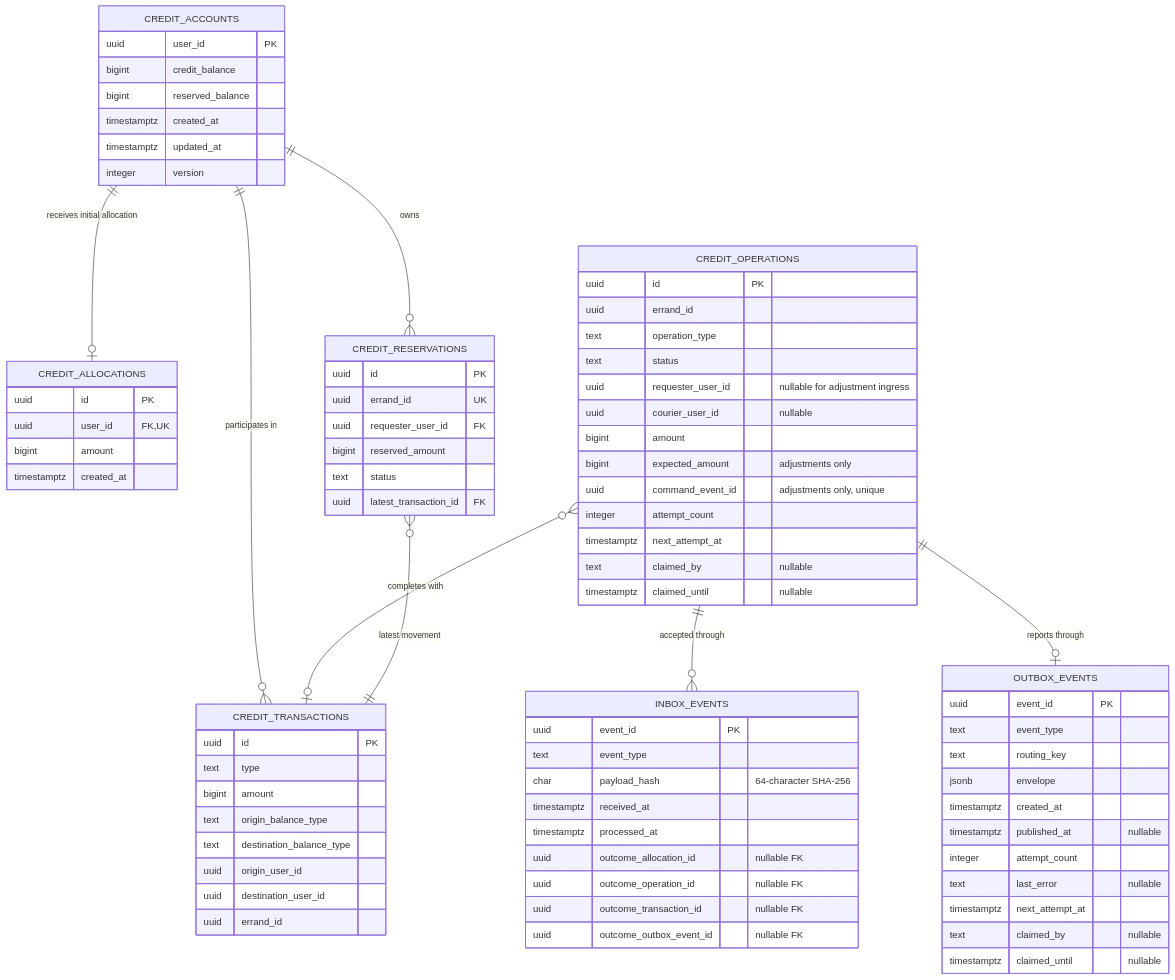
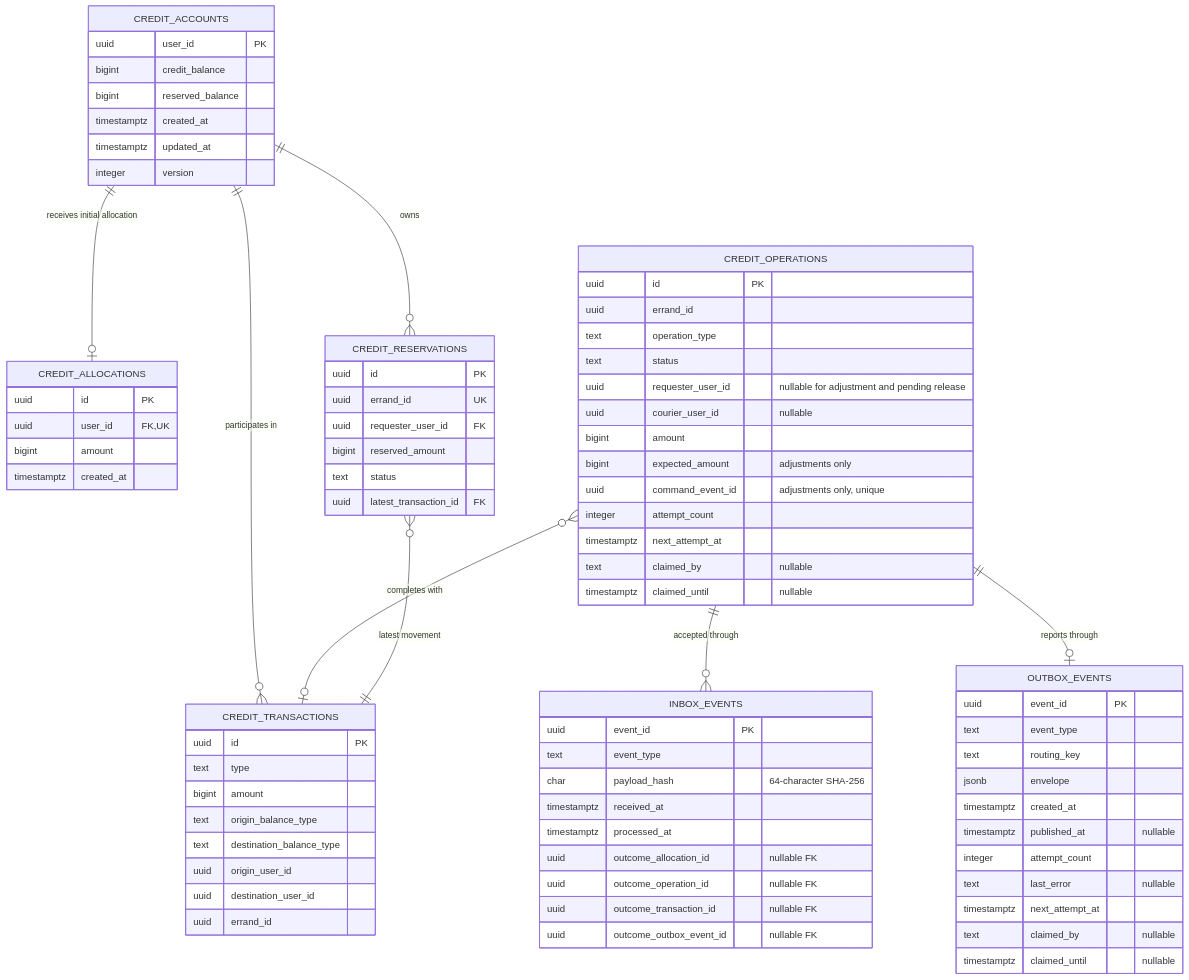
One commit to AY2627S1-CS3219-P27/FoC changed the diagram in credit-service/README.md. Above: the diagram before and after it, drawn with Mermaid. The commit also changed other lines of this file, not shown here.

```diff
--- a/credit-service/README.md
+++ b/credit-service/README.md
@@ -733,7 +801,7 @@
         uuid errand_id
         text operation_type
         text status
-        uuid requester_user_id "nullable for adjustment ingress"
+        uuid requester_user_id "nullable for adjustment and pending release"
         uuid courier_user_id "nullable"
         bigint amount
         bigint expected_amount "adjustments only"
```
